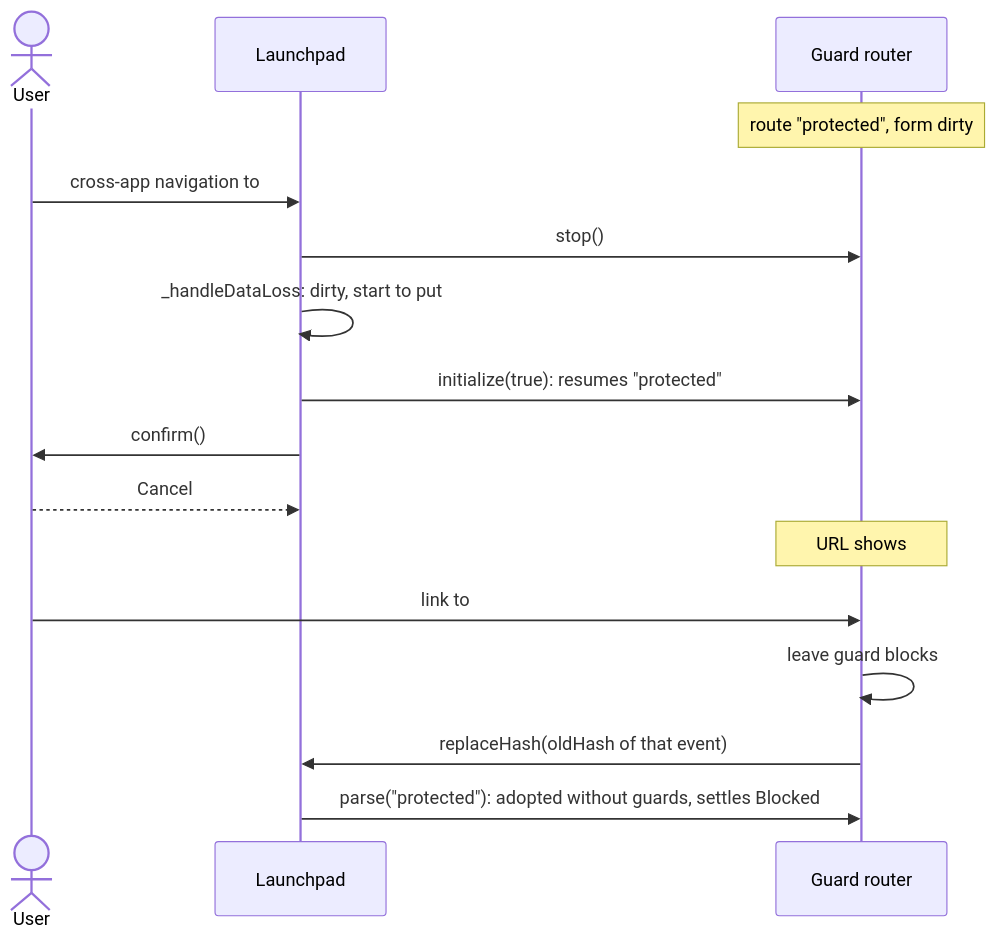
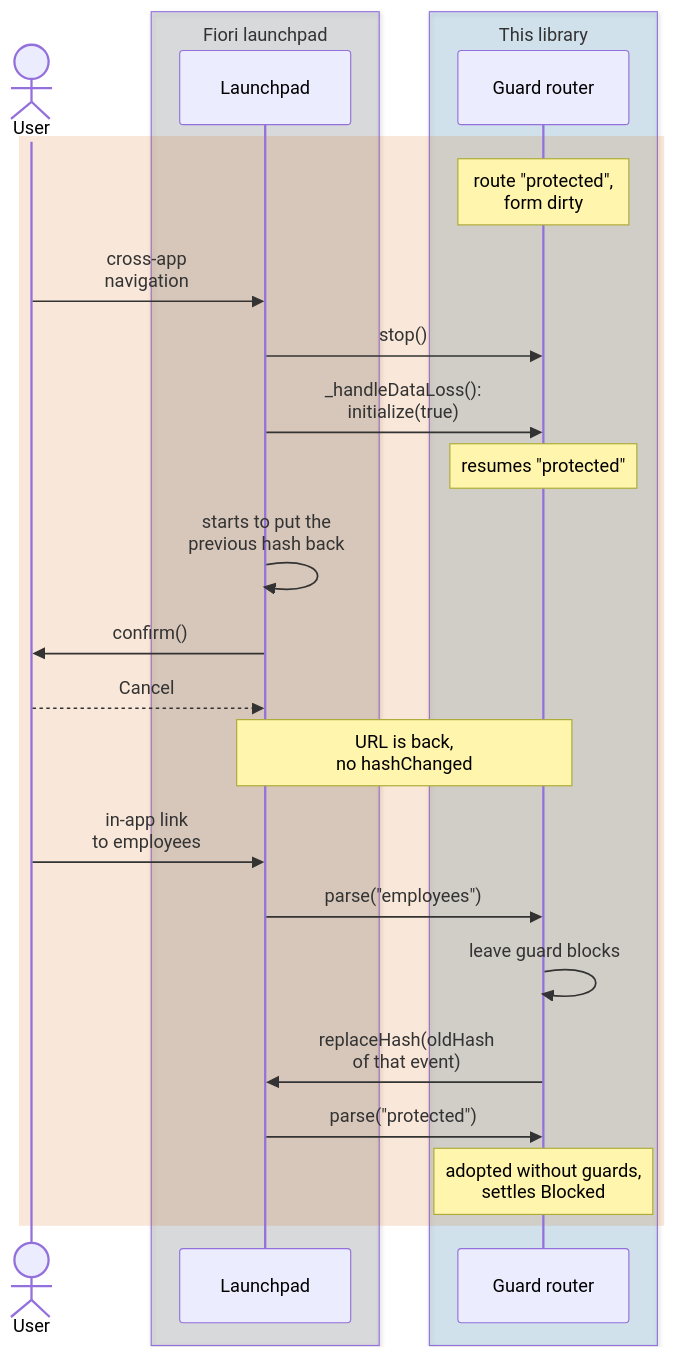
Before and after one commit to wridgeu/ui5-lib-guard-router: the eighth of 10 diagrams in docs/reference/architecture.md, drawn with Mermaid. The commit also changed other lines of this file and 202 other files, not shown here.

First line of the commit message:
fix: audit findings in router, demo app, tooling and docs (#72)

````diff
--- a/docs/reference/architecture.md
+++ b/docs/reference/architecture.md
@@ -835,18 +848,27 @@
 ```mermaid
 sequenceDiagram
     actor User
-    participant Shell as Launchpad
-    participant Router as Guard router
-    Note over Router: route "protected", form dirty
-    User->>Shell: cross-app navigation to #Other-display
-    Shell->>Router: stop()
-    Shell->>Shell: _handleDataLoss: dirty, start to put #App-preview&/protected back
-    Shell->>Router: initialize(true): resumes "protected"
-    Shell->>User: confirm()
-    User-->>Shell: Cancel
-    Note over Router: URL shows #App-preview&/protected again, no hashChanged
-    User->>Router: link to #App-preview&/employees: parse("employees")
-    Router->>Router: leave guard blocks
-    Router->>Shell: replaceHash(oldHash of that event)
-    Shell->>Router: parse("protected"): adopted without guards, settles Blocked
+    box rgba(110, 119, 129, 0.2) Fiori launchpad
+        participant Shell as Launchpad
+    end
+    box rgba(0, 114, 178, 0.15) This library
+        participant Router as Guard router
+    end
+    rect rgba(213, 94, 0, 0.15)
+        Note over Router: route "protected",<br/>form dirty
+        User->>Shell: cross-app<br/>navigation
+        Shell->>Router: stop()
+        Shell->>Router: _handleDataLoss():<br/>initialize(true)
+        Note over Router: resumes "protected"
+        Shell->>Shell: starts to put the<br/>previous hash back
+        Shell->>User: confirm()
+        User-->>Shell: Cancel
+        Note over Shell,Router: URL is back,<br/>no hashChanged
+        User->>Shell: in-app link<br/>to employees
+        Shell->>Router: parse("employees")
+        Router->>Router: leave guard blocks
+        Router->>Shell: replaceHash(oldHash<br/>of that event)
+        Shell->>Router: parse("protected")
+        Note over Router: adopted without guards,<br/>settles Blocked
+    end
 ```
````
